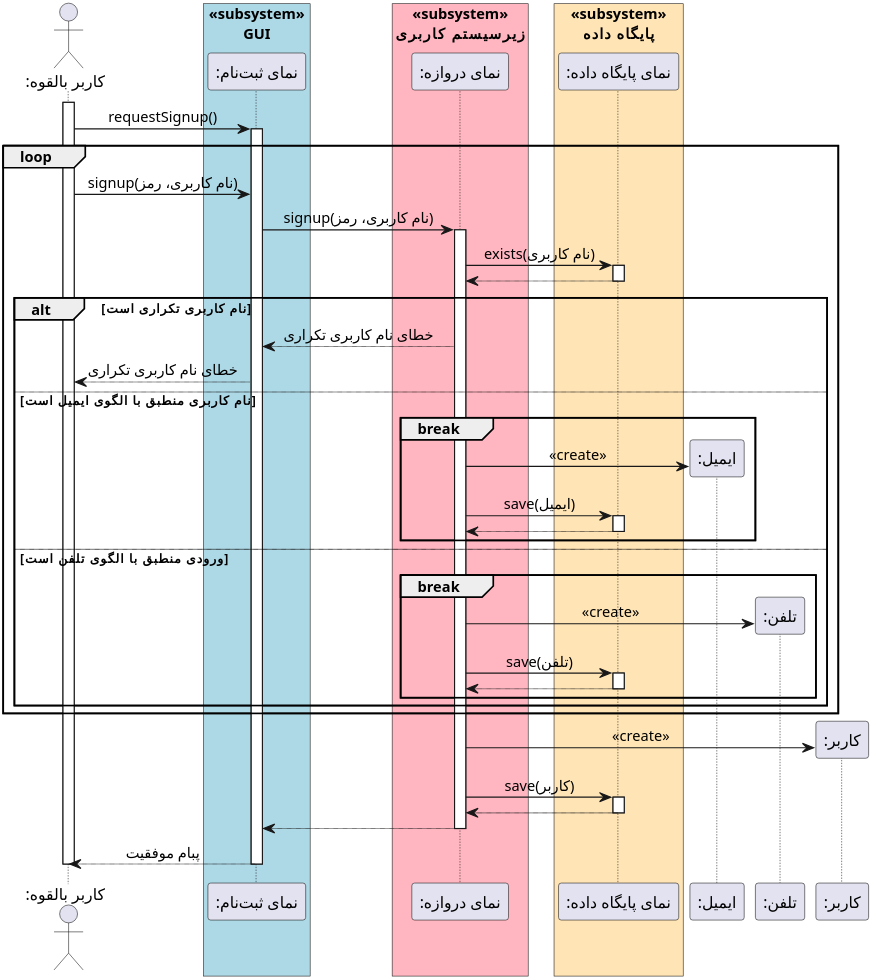
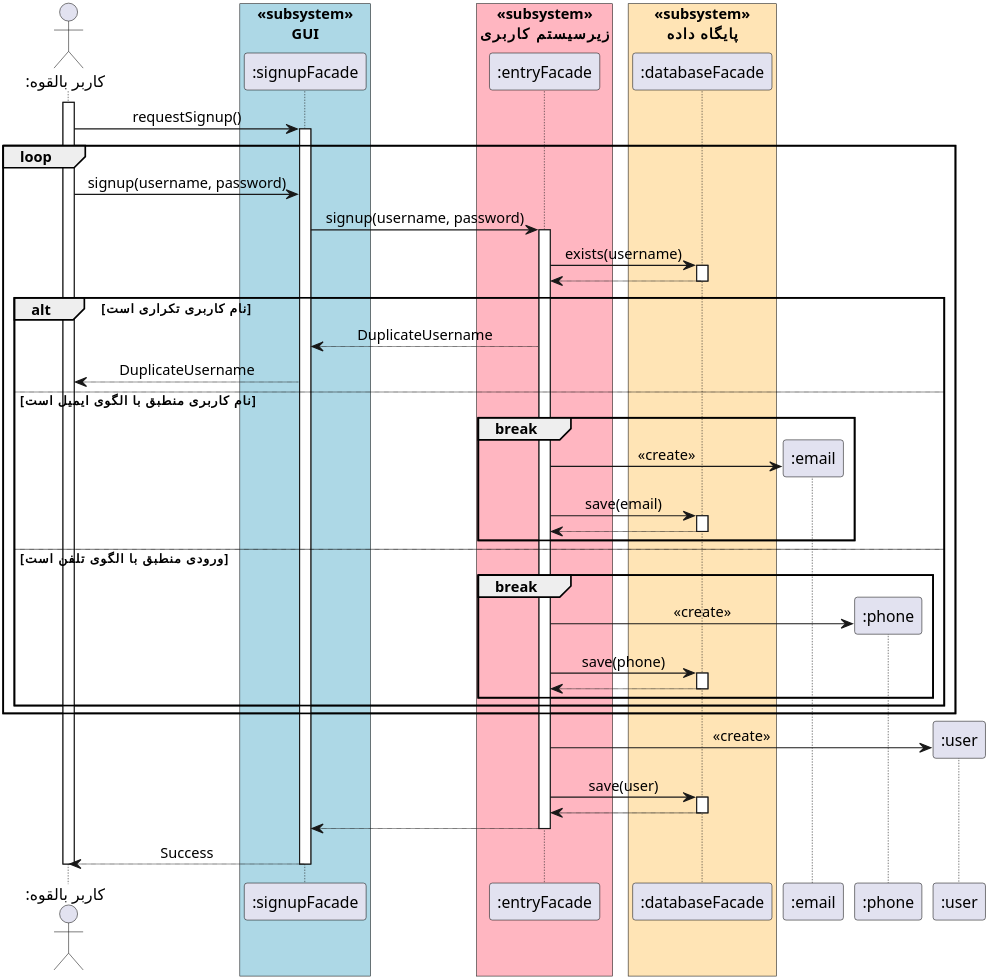
Before and after one commit to soleyman79/Qasedak: the diagram in Diagrams/Design Sequence/Signup.puml, drawn with PlantUML. The commit also changed 2 other files, not shown here.

```diff
--- a/Diagrams/Design Sequence/Signup.puml
+++ b/Diagrams/Design Sequence/Signup.puml
@@ -1,70 +1,70 @@
 @startuml signup
 
 
 scale 4
 skinparam DefaultFontName Vazir
 skinparam DefaultTextAlignment center
 
  
 actor ":کاربر بالقوه" as potential_user
 box "«subsystem»\nGUI" #LightBlue
-participant ":نمای ثبت‌نام" as ui_facade
+participant ":signupFacade" as ui
 end box
 box "«subsystem»\nزیرسیستم کاربری" #LightPink
-participant ":نمای دروازه" as gate_facade
+participant ":entryFacade" as entry_facade
 end box
 box "«subsystem»\nپایگاه داده" #Moccasin
-participant ":نمای پایگاه داده" as db_facade
+participant ":databaseFacade" as db_facade
 end box
-participant ":ایمیل" as email
-participant ":تلفن" as phone
-participant ":کاربر" as user
+participant ":email" as email
+participant ":phone" as phone
+participant ":user" as user
 
 activate potential_user
-potential_user -> ui_facade : requestSignup()
-activate ui_facade
+potential_user -> ui : requestSignup()
+activate ui
 
 loop
-    potential_user -> ui_facade: signup(نام کاربری، رمز)
-    ui_facade -> gate_facade: signup(نام کاربری، رمز)
-    activate gate_facade
-    gate_facade -> db_facade: exists(نام کاربری)
+    potential_user -> ui: signup(username, password)
+    ui -> entry_facade: signup(username, password)
+    activate entry_facade
+    entry_facade -> db_facade: exists(username)
     activate db_facade
-    db_facade --> gate_facade
+    db_facade --> entry_facade
     deactivate db_facade
 
     alt نام کاربری تکراری است
-        gate_facade --> ui_facade: خطای نام کاربری تکراری
-        ui_facade --> potential_user: خطای نام کاربری تکراری
+        entry_facade --> ui: DuplicateUsername
+        ui --> potential_user: DuplicateUsername
     else نام کاربری منطبق با الگوی ایمیل است
         break
-            gate_facade -> email **: «create»
-            gate_facade -> db_facade: save(ایمیل)
+            entry_facade -> email **: «create»
+            entry_facade -> db_facade: save(email)
             activate db_facade
-            db_facade --> gate_facade
+            db_facade --> entry_facade
             deactivate db_facade
         end
     else ورودی منطبق با الگوی تلفن است
         break
-            gate_facade -> phone **: «create»
-            gate_facade -> db_facade: save(تلفن)
+            entry_facade -> phone **: «create»
+            entry_facade -> db_facade: save(phone)
             activate db_facade
-            db_facade --> gate_facade
+            db_facade --> entry_facade
             deactivate db_facade
         end
     end
 end
 
-gate_facade -> user **: «create»
-gate_facade -> db_facade: save(کاربر)
+entry_facade -> user **: «create»
+entry_facade -> db_facade: save(user)
 activate db_facade
-db_facade --> gate_facade
+db_facade --> entry_facade
 deactivate db_facade
-gate_facade --> ui_facade
-deactivate gate_facade
-ui_facade --> potential_user: پبام موفقیت
-deactivate ui_facade
+entry_facade --> ui
+deactivate entry_facade
+ui --> potential_user: Success
+deactivate ui
 deactivate potential_user
 
 
 @enduml
```
